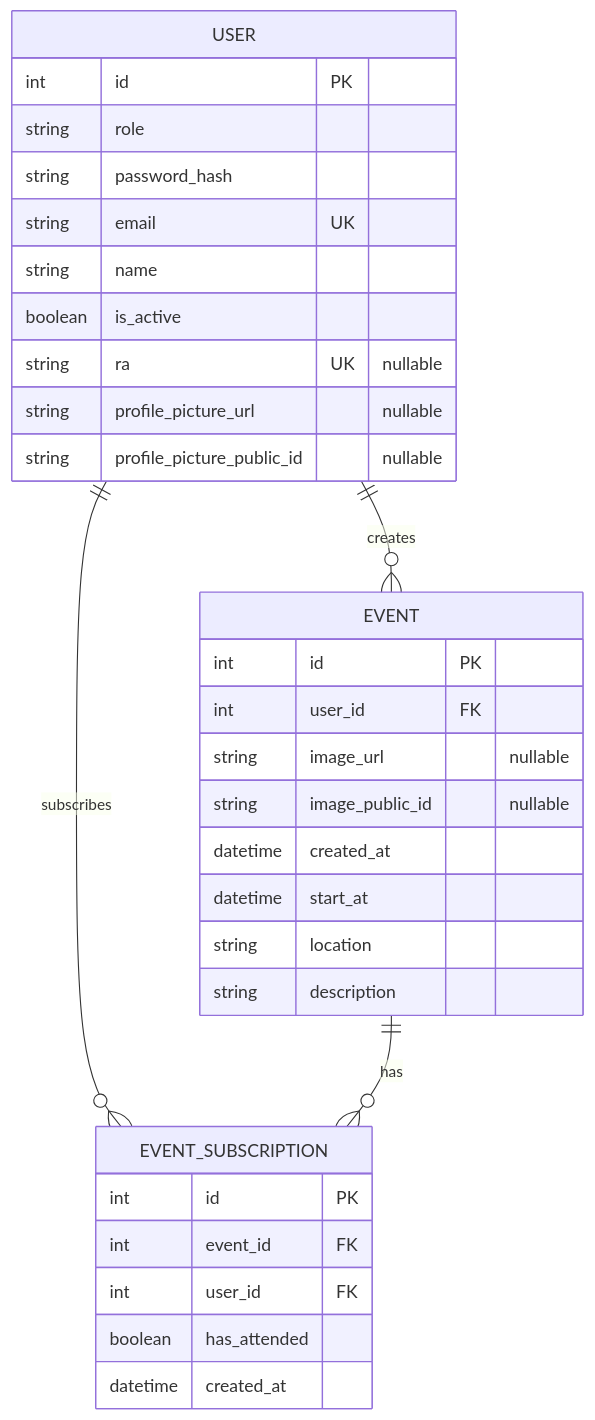
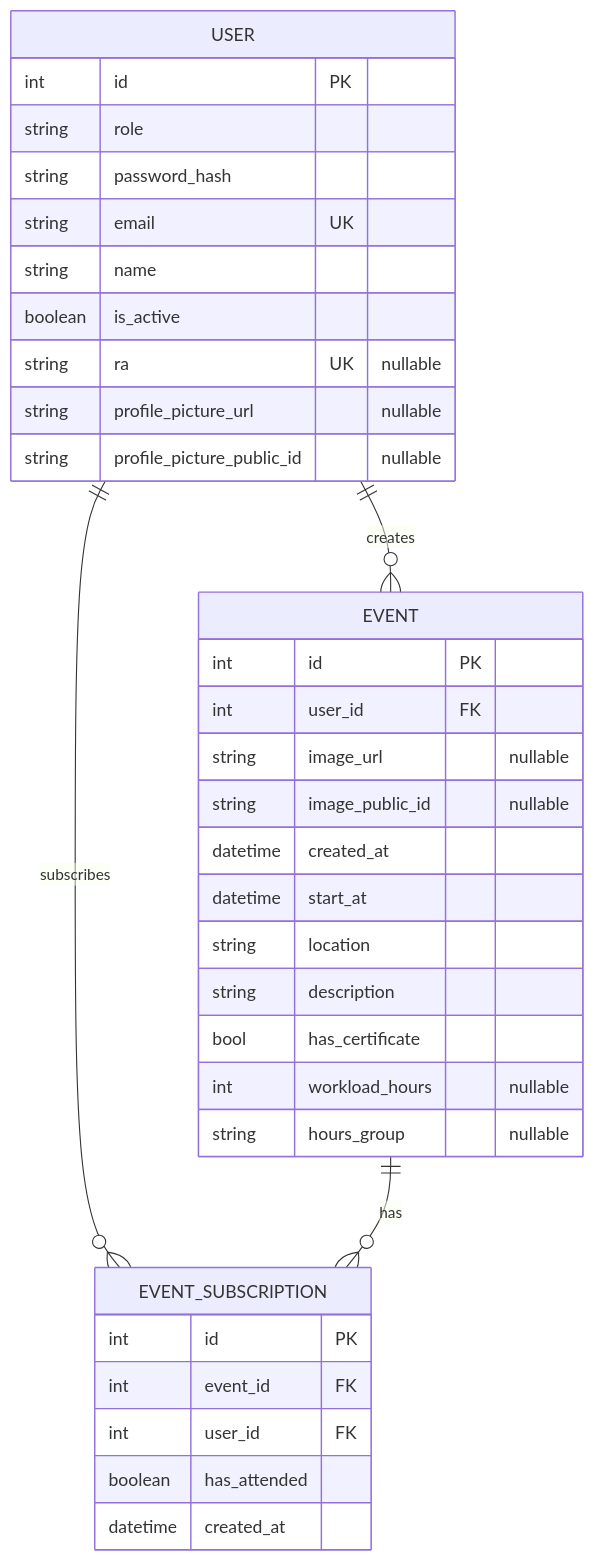
Before and after one commit to Campus-Cultural-2/Backend: the diagram in database/docs/erd.md, drawn with Mermaid. The commit also changed other lines of this file and 9 other files, not shown here.

````diff
--- a/database/docs/erd.md
+++ b/database/docs/erd.md
@@ -16,37 +16,40 @@
 ```mermaid
 erDiagram
     USER ||--o{ EVENT : creates
     USER ||--o{ EVENT_SUBSCRIPTION : subscribes
     EVENT ||--o{ EVENT_SUBSCRIPTION : has
 
     USER {
         int id PK
         string role
         string password_hash
         string email UK
         string name
         boolean is_active
         string ra UK "nullable"
         string profile_picture_url "nullable"
         string profile_picture_public_id "nullable"
     }
 
     EVENT {
         int id PK
         int user_id FK
         string image_url "nullable"
         string image_public_id "nullable"
         datetime created_at
         datetime start_at
         string location
         string description
+        bool has_certificate
+        int workload_hours "nullable"
+        string hours_group "nullable"
     }
 
     EVENT_SUBSCRIPTION {
         int id PK
         int event_id FK
         int user_id FK
         boolean has_attended
         datetime created_at
     }
 ```
````
